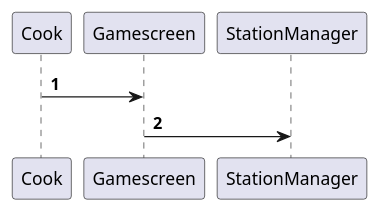
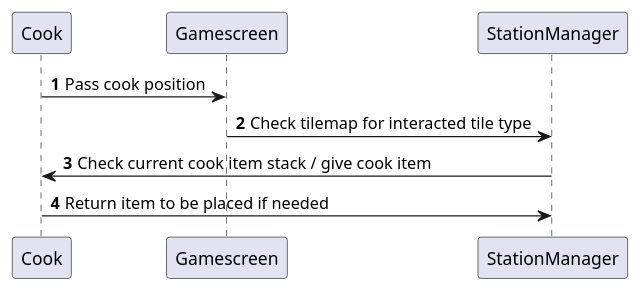
Before and after one commit to ENG1-TEAM3/project_eng1_team3: the diagram in UMLDiagrams/interaction.puml, drawn with PlantUML. The commit also changed 4 other files, not shown here.

```diff
--- a/UMLDiagrams/interaction.puml
+++ b/UMLDiagrams/interaction.puml
@@ -1,8 +1,11 @@
 @startuml
 'https://plantuml.com/sequence-diagram
 
 autonumber
 
-Cook -> Gamescreen
-Gamescreen-> StationManager
+Cook -> Gamescreen : Pass cook position
+Gamescreen-> StationManager : Check tilemap for interacted tile type
+StationManager -> Cook : Check current cook item stack / give cook item
+Cook -> StationManager : Return item to be placed if needed
+
 @enduml
```
